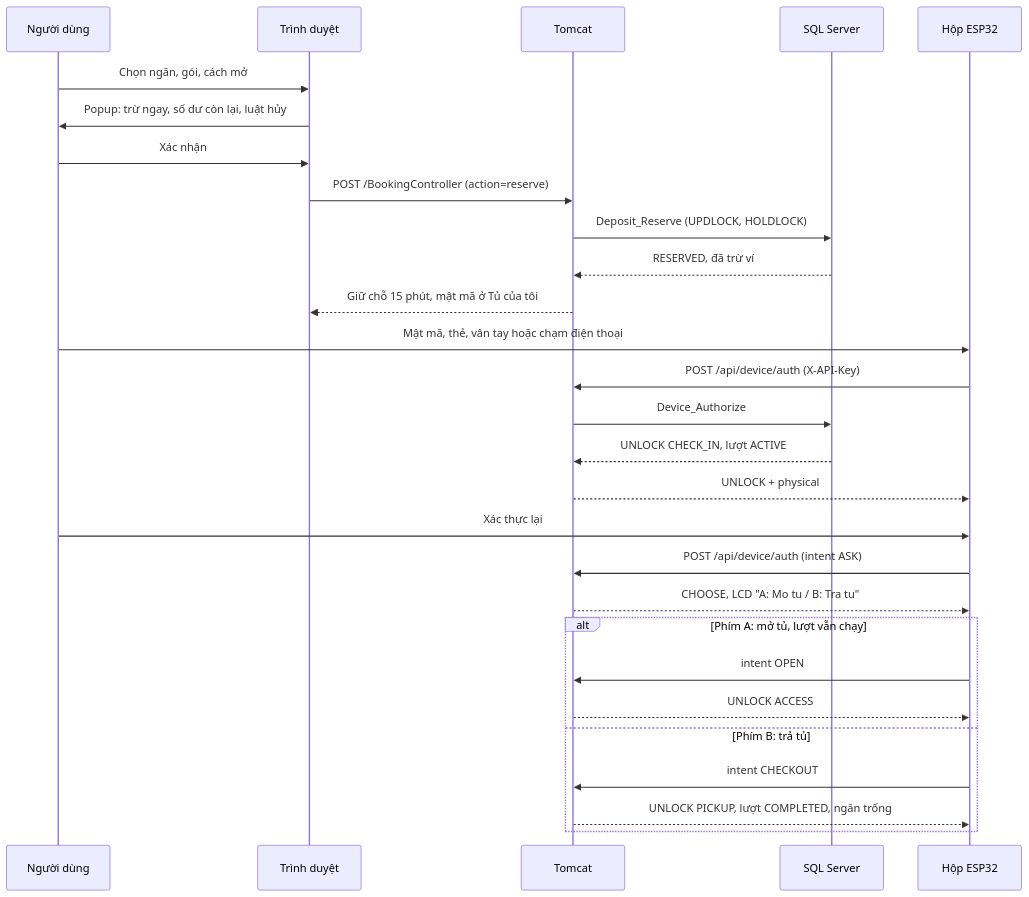
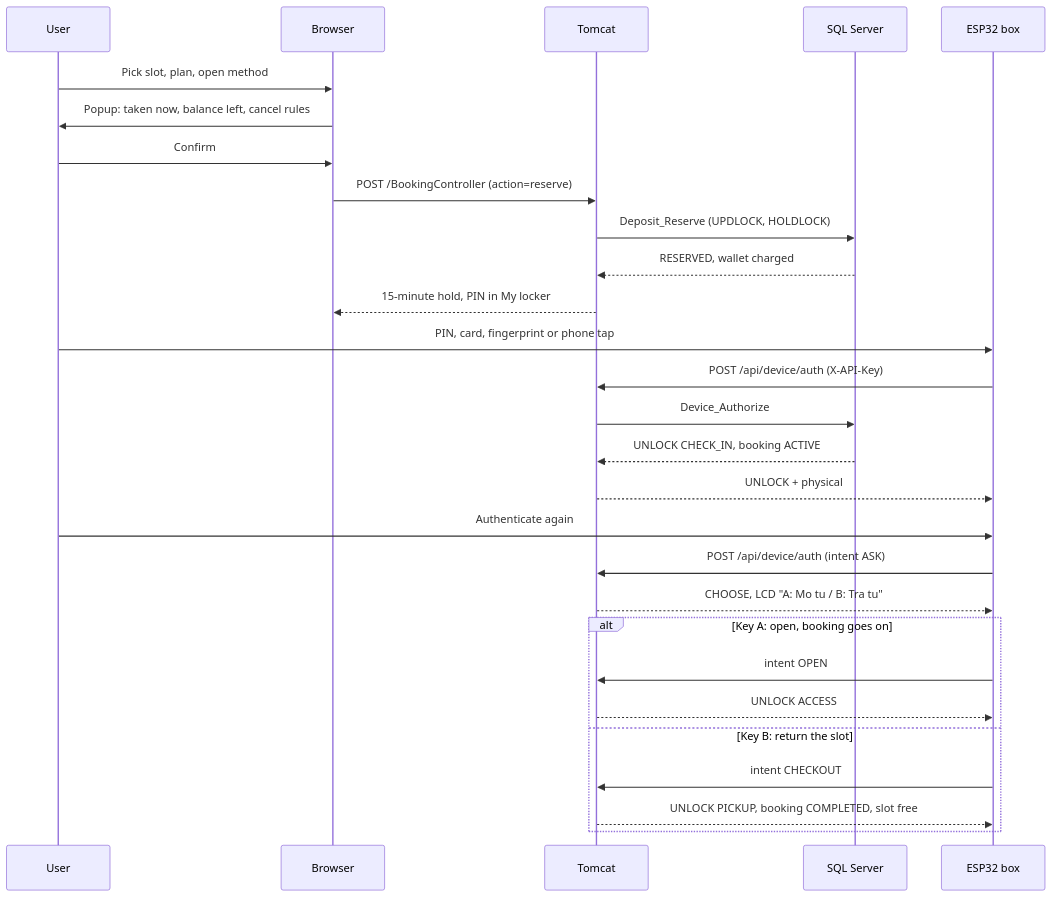
One commit to HoangDuc1003/SmartLocker changed the first of 4 diagrams in README.md. Above: the diagram before and after it, drawn with Mermaid. The commit also changed other lines of this file and 215 other files, not shown here.

````diff
--- a/README.md
+++ b/README.md
@@ -387,31 +420,31 @@
 ```mermaid
 sequenceDiagram
-    participant U as Người dùng
-    participant W as Trình duyệt
+    participant U as User
+    participant W as Browser
     participant S as Tomcat
     participant D as SQL Server
-    participant B as Hộp ESP32
+    participant B as ESP32 box
 
-    U->>W: Chọn ngăn, gói, cách mở
-    W->>U: Popup: trừ ngay, số dư còn lại, luật hủy
-    U->>W: Xác nhận
+    U->>W: Pick slot, plan, open method
+    W->>U: Popup: taken now, balance left, cancel rules
+    U->>W: Confirm
     W->>S: POST /BookingController (action=reserve)
     S->>D: Deposit_Reserve (UPDLOCK, HOLDLOCK)
-    D-->>S: RESERVED, đã trừ ví
-    S-->>W: Giữ chỗ 15 phút, mật mã ở Tủ của tôi
-    U->>B: Mật mã, thẻ, vân tay hoặc chạm điện thoại
+    D-->>S: RESERVED, wallet charged
+    S-->>W: 15-minute hold, PIN in My locker
+    U->>B: PIN, card, fingerprint or phone tap
     B->>S: POST /api/device/auth (X-API-Key)
     S->>D: Device_Authorize
-    D-->>S: UNLOCK CHECK_IN, lượt ACTIVE
+    D-->>S: UNLOCK CHECK_IN, booking ACTIVE
     S-->>B: UNLOCK + physical
-    U->>B: Xác thực lại
+    U->>B: Authenticate again
     B->>S: POST /api/device/auth (intent ASK)
     S-->>B: CHOOSE, LCD "A: Mo tu / B: Tra tu"
-    alt Phím A: mở tủ, lượt vẫn chạy
+    alt Key A: open, booking goes on
         B->>S: intent OPEN
         S-->>B: UNLOCK ACCESS
-    else Phím B: trả tủ
+    else Key B: return the slot
         B->>S: intent CHECKOUT
-        S-->>B: UNLOCK PICKUP, lượt COMPLETED, ngăn trống
+        S-->>B: UNLOCK PICKUP, booking COMPLETED, slot free
     end
 ```
````
